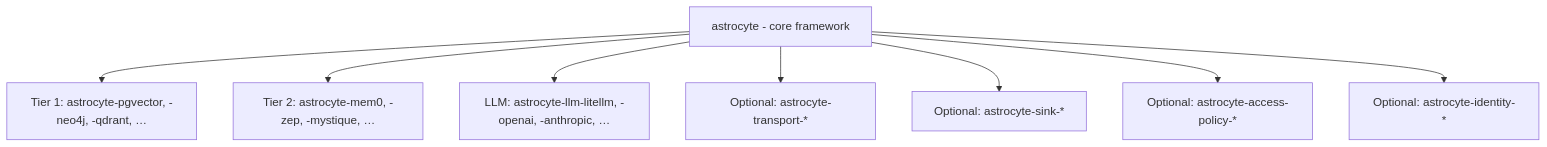
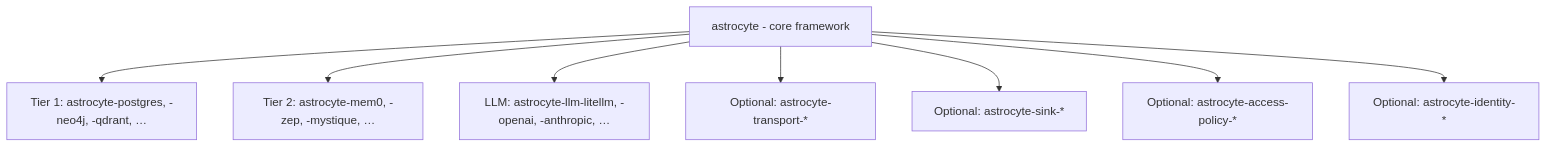
Before and after one commit to AstrocyteAI/astrocyte: the diagram in docs/_plugins/ecosystem-and-packaging.md, drawn with Mermaid. The commit also changed other lines of this file and 76 other files, not shown here.

First line of the commit message:
rename: astrocyte-pgvector → astrocyte-postgres

````diff
--- a/docs/_plugins/ecosystem-and-packaging.md
+++ b/docs/_plugins/ecosystem-and-packaging.md
@@ -40,18 +40,18 @@
 ```mermaid
 flowchart TB
   CORE["astrocyte - core framework"]
-  T1["Tier 1: astrocyte-pgvector, -neo4j, -qdrant, …"]
+  T1["Tier 1: astrocyte-postgres, -neo4j, -qdrant, …"]
   T2["Tier 2: astrocyte-mem0, -zep, -mystique, …"]
   LLM["LLM: astrocyte-llm-litellm, -openai, -anthropic, …"]
   TR["Optional: astrocyte-transport-*"]
   SK["Optional: astrocyte-sink-*"]
   AP["Optional: astrocyte-access-policy-*"]
   ID["Optional: astrocyte-identity-*"]
   CORE --> T1
   CORE --> T2
   CORE --> LLM
   CORE --> TR
   CORE --> SK
   CORE --> AP
   CORE --> ID
 ```
````
